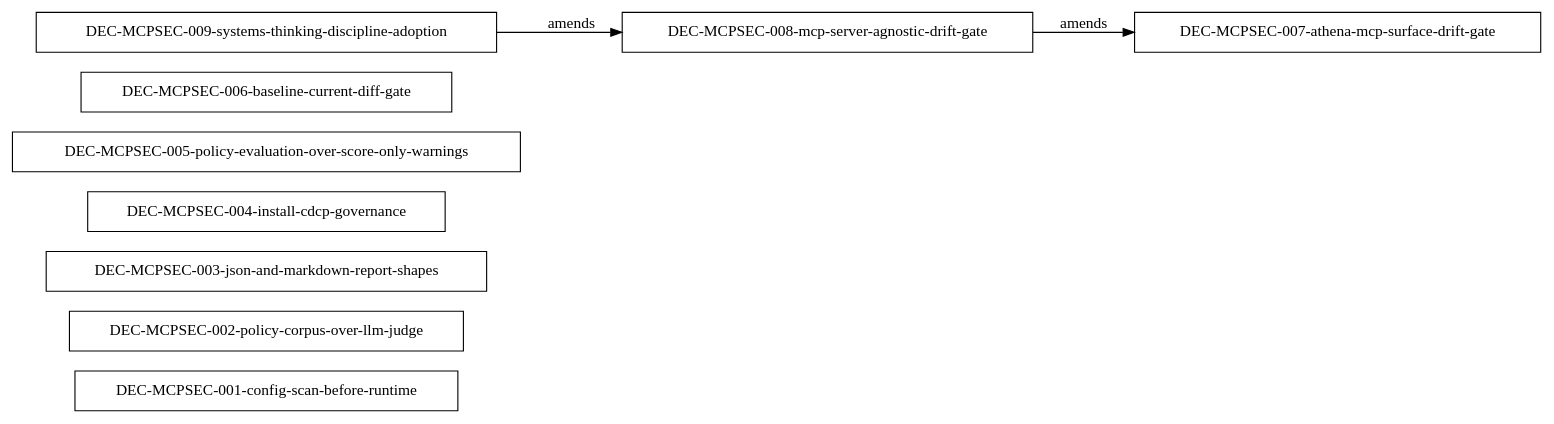
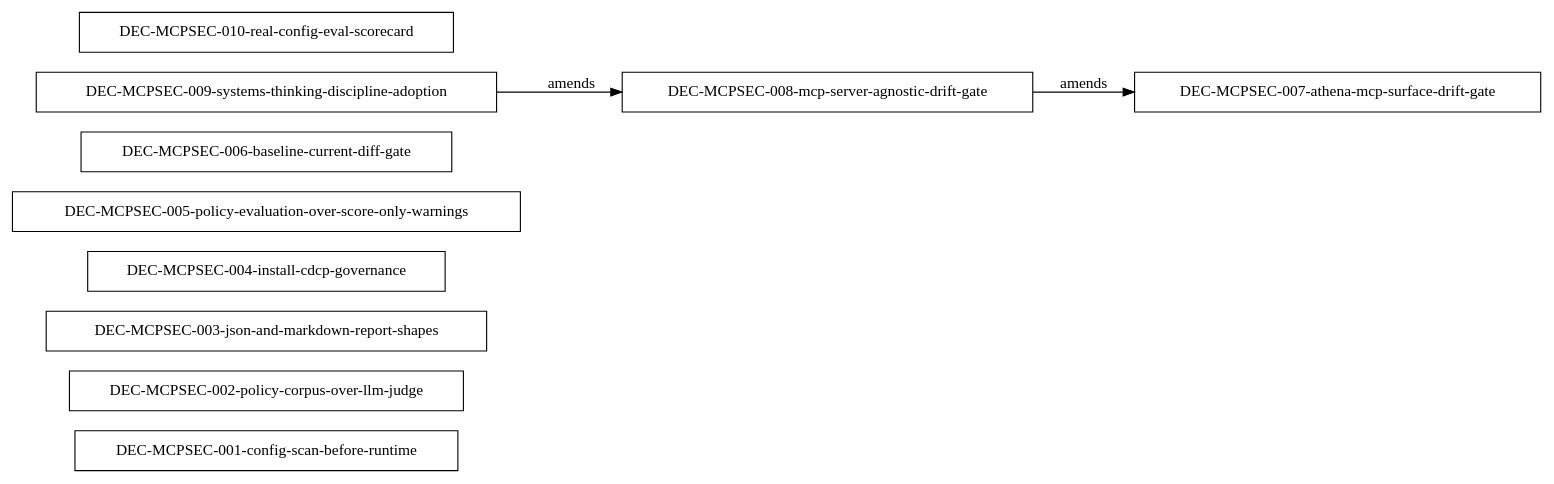
The diagram in ops/dec-graphs/mcp-security-lab.dot (AthenaTheOwl/athena-site), drawn with Graphviz before and after one commit. The commit also changed 17 other files, not shown here.

```diff
--- a/ops/dec-graphs/mcp-security-lab.dot
+++ b/ops/dec-graphs/mcp-security-lab.dot
@@ -1,14 +1,15 @@
 digraph dec_chains_mcp_security_lab {
   rankdir=LR;
   "DEC-MCPSEC-001-config-scan-before-runtime" [shape=box, style=solid];
   "DEC-MCPSEC-002-policy-corpus-over-llm-judge" [shape=box, style=solid];
   "DEC-MCPSEC-003-json-and-markdown-report-shapes" [shape=box, style=solid];
   "DEC-MCPSEC-004-install-cdcp-governance" [shape=box, style=solid];
   "DEC-MCPSEC-005-policy-evaluation-over-score-only-warnings" [shape=box, style=solid];
   "DEC-MCPSEC-006-baseline-current-diff-gate" [shape=box, style=solid];
   "DEC-MCPSEC-007-athena-mcp-surface-drift-gate" [shape=box, style=solid];
   "DEC-MCPSEC-008-mcp-server-agnostic-drift-gate" [shape=box, style=solid];
   "DEC-MCPSEC-009-systems-thinking-discipline-adoption" [shape=box, style=solid];
+  "DEC-MCPSEC-010-real-config-eval-scorecard" [shape=box, style=solid];
   "DEC-MCPSEC-008-mcp-server-agnostic-drift-gate" -> "DEC-MCPSEC-007-athena-mcp-surface-drift-gate" [label="amends"];
   "DEC-MCPSEC-009-systems-thinking-discipline-adoption" -> "DEC-MCPSEC-008-mcp-server-agnostic-drift-gate" [label="amends"];
 }
```
